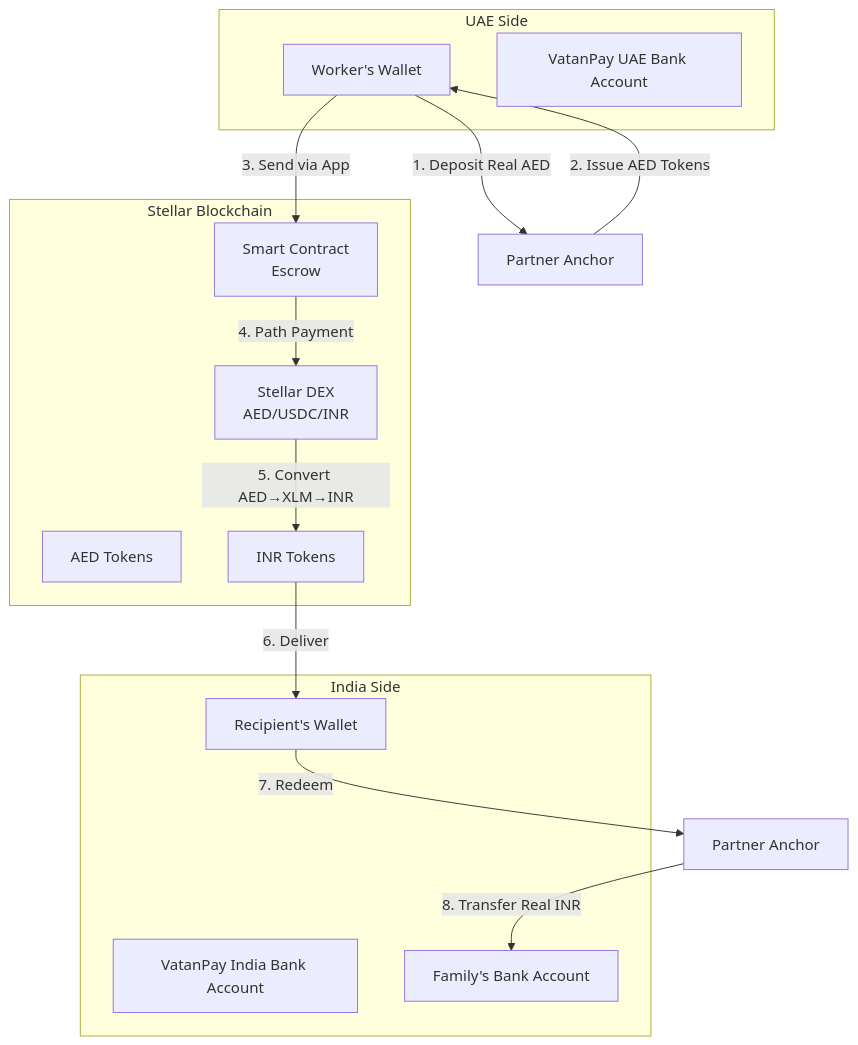
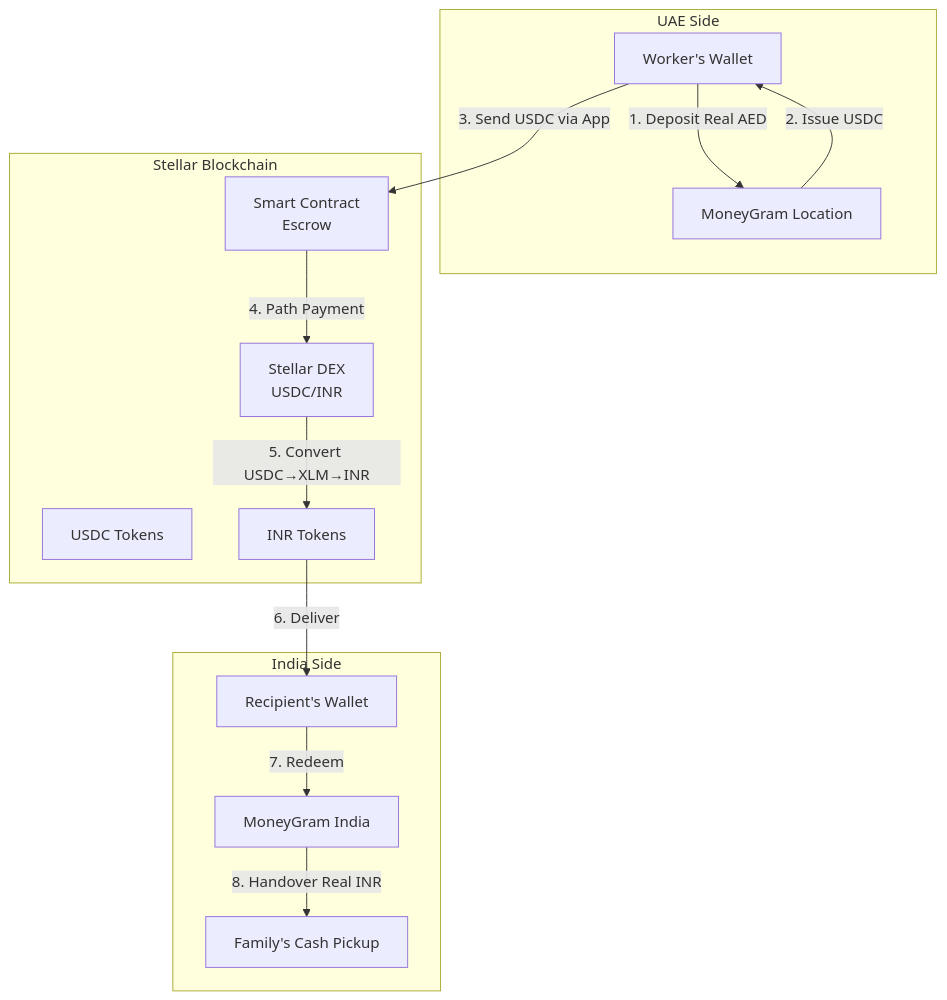
The first of 4 diagrams in docs/HOW_IT_WORKS.md (Nihal-Pandey-2302/VatanPay), drawn with Mermaid before and after one commit. The commit also changed other lines of this file and 13 other files, not shown here.

Commit message:
feat: VatanPay 2.0 - MoneyGram + USDC Integration MVP

````diff
--- a/docs/HOW_IT_WORKS.md
+++ b/docs/HOW_IT_WORKS.md
@@ -40,29 +40,29 @@
 ```mermaid
 graph TB
     subgraph "UAE Side"
         Worker[Worker's Wallet]
-        UAEBank[VatanPay UAE Bank Account]
+        MoneyGram[MoneyGram Location]
     end
 
     subgraph "Stellar Blockchain"
         SC[Smart Contract<br/>Escrow]
-        DEX[Stellar DEX<br/>AED/USDC/INR]
-        AED[AED Tokens]
+        DEX[Stellar DEX<br/>USDC/INR]
+        USDC[USDC Tokens]
         INR[INR Tokens]
     end
 
     subgraph "India Side"
         Recipient[Recipient's Wallet]
-        IndiaBank[VatanPay India Bank Account]
-        Family[Family's Bank Account]
+        IndiaAnchor[MoneyGram India]
+        Family[Family's Cash Pickup]
     end
 
-    Worker -->|1. Deposit Real AED| UAEAnchor[Partner Anchor]
-    UAEAnchor -->|2. Issue AED Tokens| Worker
-    Worker -->|3. Send via App| SC
+    Worker -->|1. Deposit Real AED| MoneyGram
+    MoneyGram -->|2. Issue USDC| Worker
+    Worker -->|3. Send USDC via App| SC
     SC -->|4. Path Payment| DEX
-    DEX -->|5. Convert AED→XLM→INR| INR
+    DEX -->|5. Convert USDC→XLM→INR| INR
     INR -->|6. Deliver| Recipient
-    Recipient -->|7. Redeem| IndiaAnchor[Partner Anchor]
-    IndiaAnchor -->|8. Transfer Real INR| Family
+    Recipient -->|7. Redeem| IndiaAnchor
+    IndiaAnchor -->|8. Handover Real INR| Family
 ```
````
